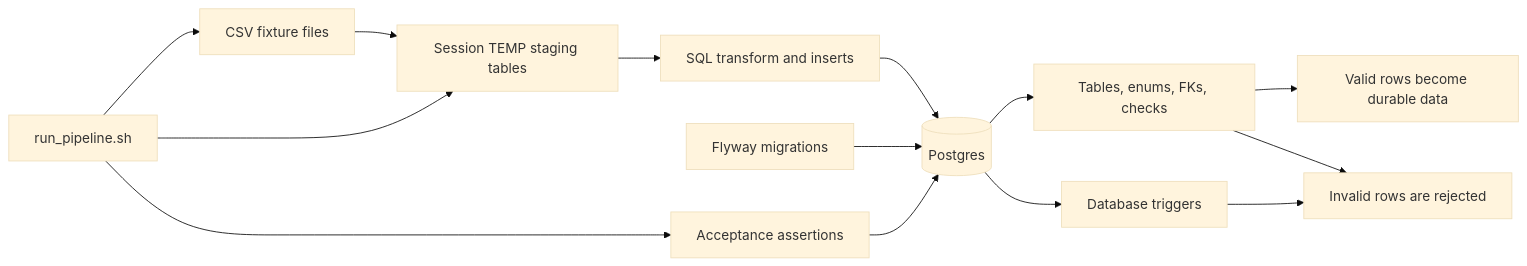
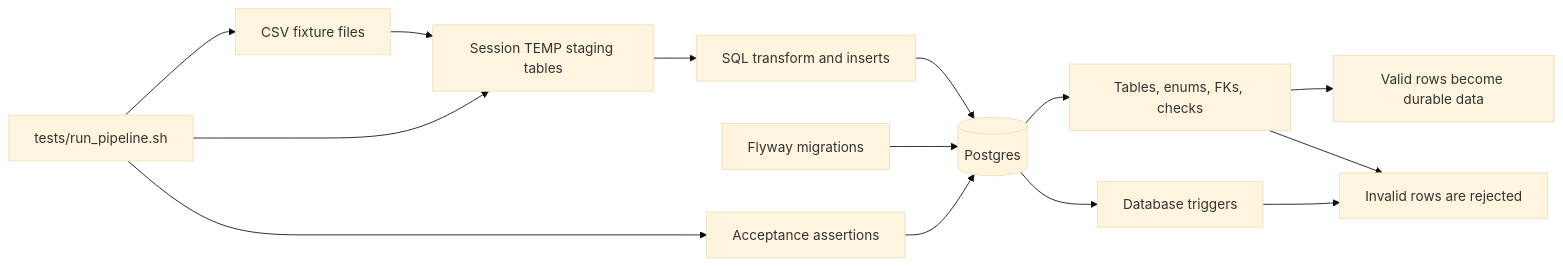
The first of 3 diagrams in ARCHITECTURE.md (AbraaoAlves/LETS_GO), drawn with Mermaid (base theme) before and after one commit. The commit also changed other lines of this file and 1 other file, not shown here.

Commit message:
docs: update references to run_pipeline.sh to tests/run_pipeline.sh in architecture and README

````diff
--- a/ARCHITECTURE.md
+++ b/ARCHITECTURE.md
@@ -13,19 +13,19 @@
 ```mermaid
 flowchart LR
   CSV[CSV fixture files] --> TEMP[Session TEMP staging tables]
   TEMP --> TRANSFORM[SQL transform and inserts]
   TRANSFORM --> DB[(Postgres)]
 
   FLYWAY[Flyway migrations] --> DB
-  PIPELINE[run_pipeline.sh] --> CSV
+  PIPELINE[tests/run_pipeline.sh] --> CSV
   PIPELINE --> TEMP
   PIPELINE --> ASSERTS[Acceptance assertions]
   ASSERTS --> DB
 
   DB --> SCHEMA[Tables, enums, FKs, checks]
   DB --> TRIGGERS[Database triggers]
 
   SCHEMA --> ACCEPT[Valid rows become durable data]
   SCHEMA --> REJECT[Invalid rows are rejected]
   TRIGGERS --> REJECT
 ```
````
